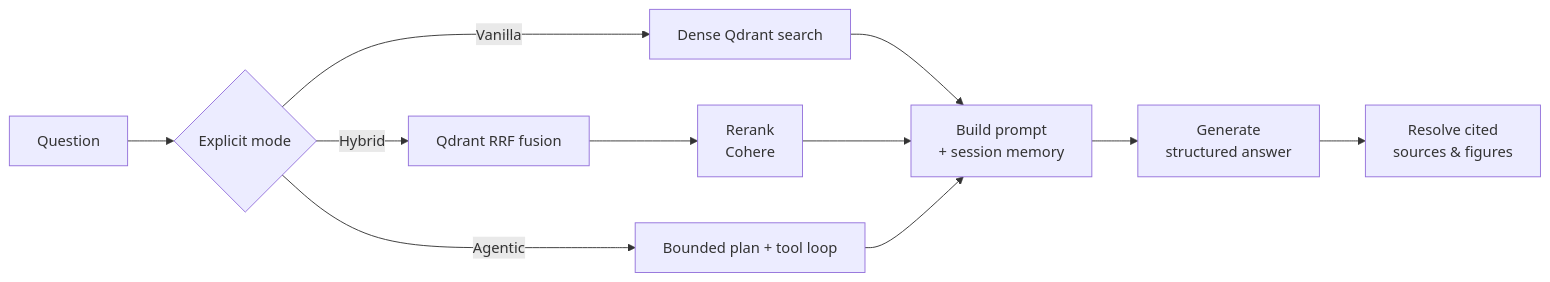
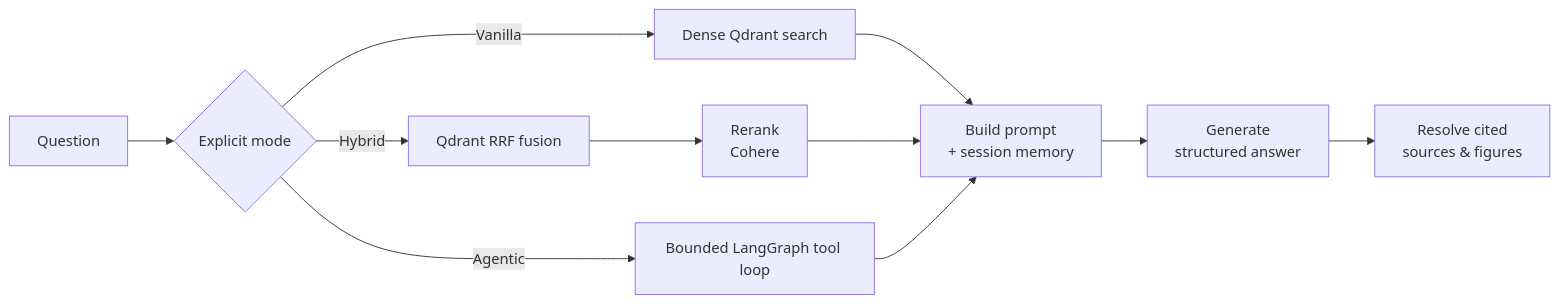
The diagram in docs/architecture/rag-pipeline.md (pdemeulenaer/rag-demo), drawn with Mermaid before and after one commit. The commit also changed other lines of this file and 24 other files, not shown here.

````diff
--- a/docs/architecture/rag-pipeline.md
+++ b/docs/architecture/rag-pipeline.md
@@ -30,13 +35,13 @@
 ```mermaid
 flowchart LR
     Q[Question] --> M{Explicit mode}
     M -->|Vanilla| D[Dense Qdrant search]
     M -->|Hybrid| H[Qdrant RRF fusion]
-    M -->|Agentic| A[Bounded plan + tool loop]
+    M -->|Agentic| A[Bounded LangGraph tool loop]
     H --> R[Rerank<br/>Cohere]
     D --> P[Build prompt<br/>+ session memory]
     R --> P
     A --> P
     P --> G[Generate<br/>structured answer]
     G --> S[Resolve cited<br/>sources & figures]
 ```
````
